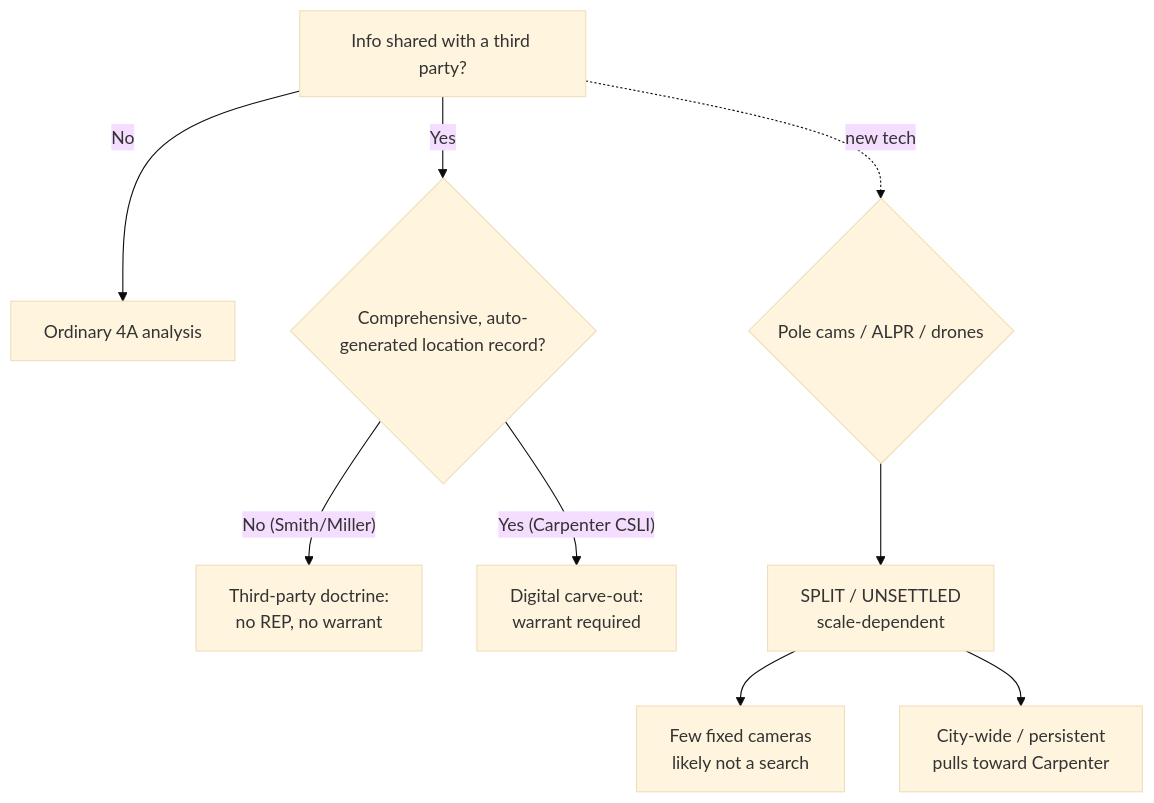
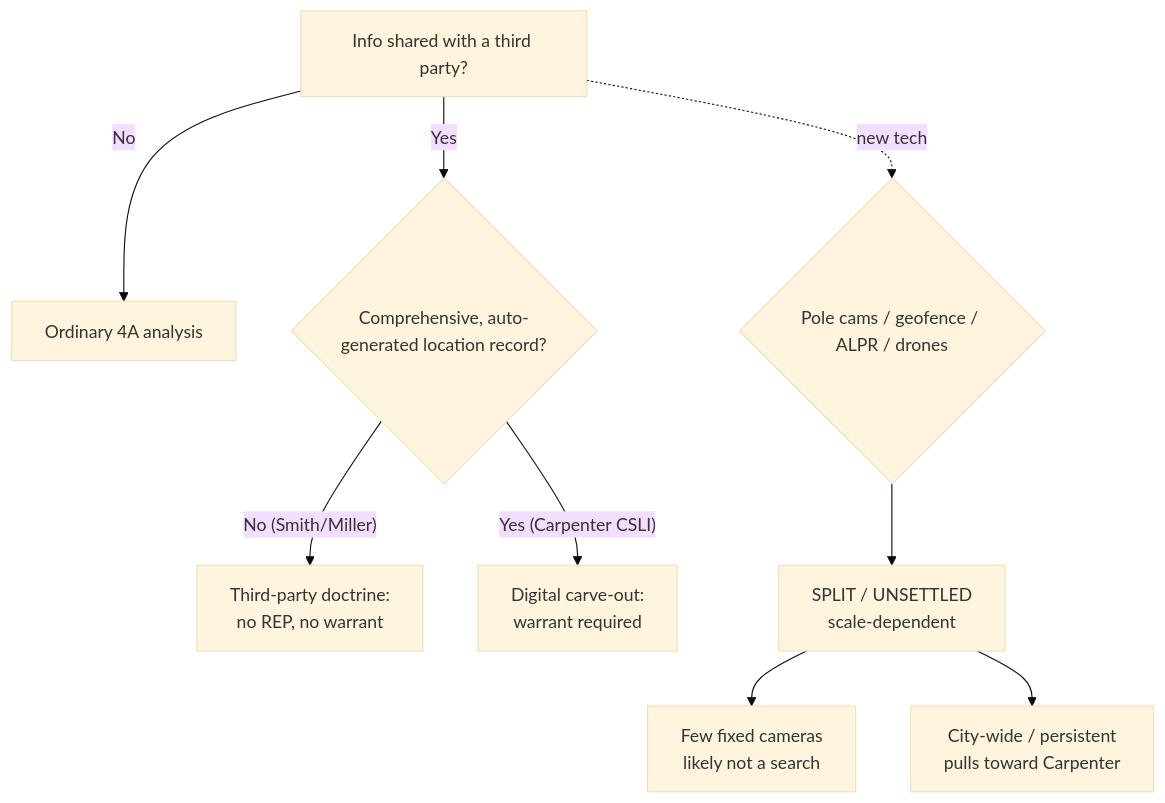
The diagram in content/3-what-is-a-search/The Third-Party Doctrine and Digital Surveillance.md (Enragedsaturday/cssi), drawn with Mermaid (base theme) before and after one commit. The commit also changed other lines of this file and 4 other files, not shown here.

````diff
--- a/content/3-what-is-a-search/The Third-Party Doctrine and Digital Surveillance.md
+++ b/content/3-what-is-a-search/The Third-Party Doctrine and Digital Surveillance.md
@@ -52,11 +62,11 @@
 ```mermaid
 flowchart TD
     A[Info shared with a third party?] -->|No| B[Ordinary 4A analysis]
     A -->|Yes| C{Comprehensive, auto-generated location record?}
     C -->|"No (Smith/Miller)"| D[Third-party doctrine:<br/>no REP, no warrant]
     C -->|"Yes (Carpenter CSLI)"| E[Digital carve-out:<br/>warrant required]
-    A -.new tech.-> F{Pole cams / ALPR / drones}
+    A -.new tech.-> F{Pole cams / geofence / ALPR / drones}
     F --> G[SPLIT / UNSETTLED<br/>scale-dependent]
     G --> H[Few fixed cameras<br/>likely not a search]
     G --> I[City-wide / persistent<br/>pulls toward Carpenter]
 ```
````
